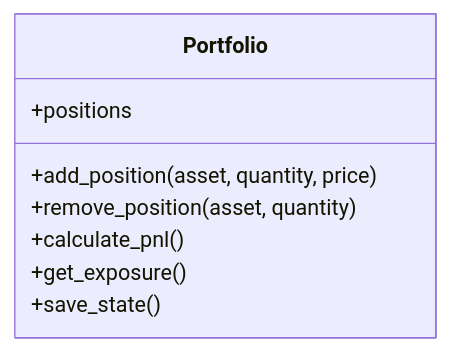
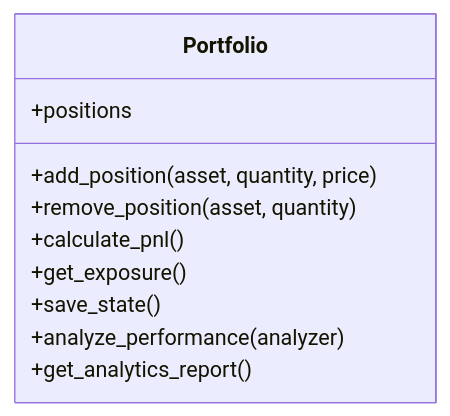
Before and after one commit to ZengSeng/telegram-bot: the sixth of 11 diagrams in .qoder/repowiki/en/content/Core Components/Analysis Framework.md, drawn with Mermaid. The commit also changed other lines of this file and 24 other files, not shown here.

````diff
--- a/.qoder/repowiki/en/content/Core Components/Analysis Framework.md
+++ b/.qoder/repowiki/en/content/Core Components/Analysis Framework.md
@@ -269,11 +305,13 @@
 ```mermaid
 classDiagram
 class Portfolio {
 +positions
 +add_position(asset, quantity, price)
 +remove_position(asset, quantity)
 +calculate_pnl()
 +get_exposure()
 +save_state()
++analyze_performance(analyzer)
++get_analytics_report()
 }
 ```
````
